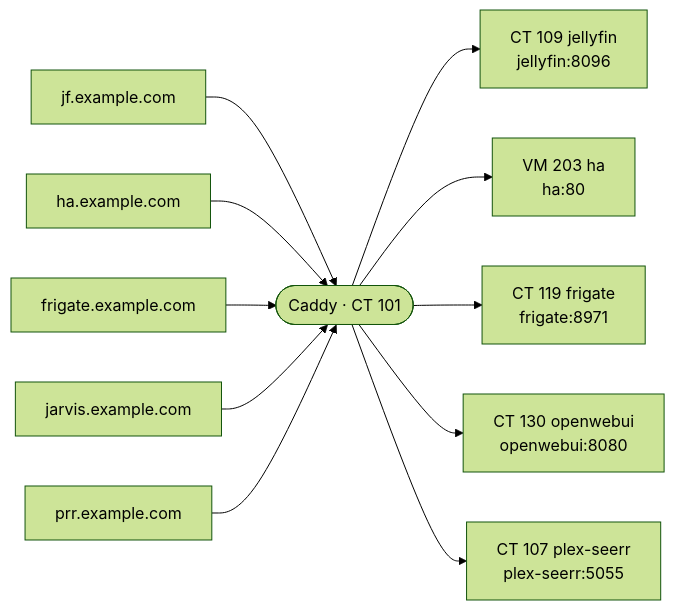
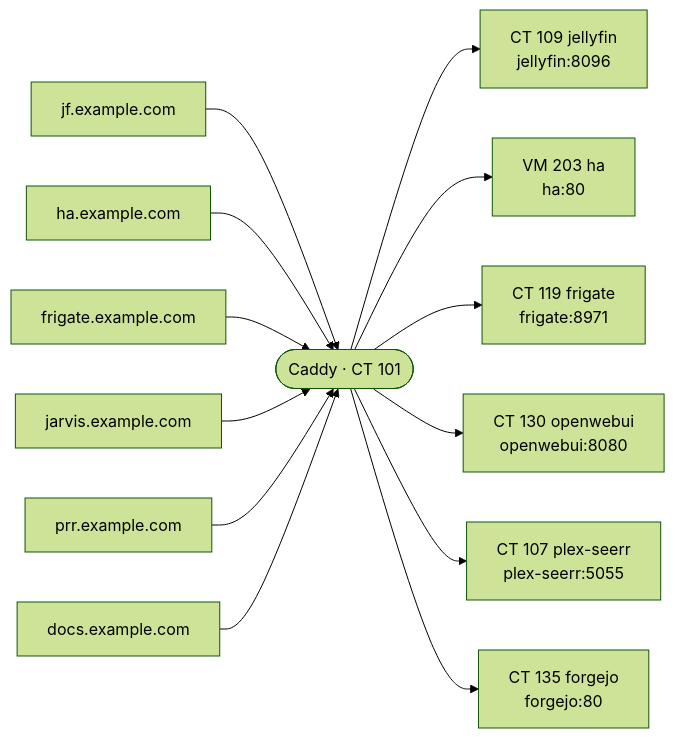
One commit to afcorona-projects/Homelab changed the diagram in docs/network.md. Above: the diagram before and after it, drawn with Mermaid (forest theme). The commit also changed other lines of this file and 54 other files, not shown here.

````diff
--- a/docs/network.md
+++ b/docs/network.md
@@ -5,14 +5,16 @@
 ```mermaid
 flowchart LR
   caddy(["Caddy · CT 101"])
   njf_example_com["jf.example.com"] --> caddy
   caddy --> njellyfin_8096["CT 109 jellyfin<br/>jellyfin:8096"]
   nha_example_com["ha.example.com"] --> caddy
   caddy --> nha_80["VM 203 ha<br/>ha:80"]
   nfrigate_example_com["frigate.example.com"] --> caddy
   caddy --> nfrigate_8971["CT 119 frigate<br/>frigate:8971"]
   njarvis_example_com["jarvis.example.com"] --> caddy
   caddy --> nopenwebui_8080["CT 130 openwebui<br/>openwebui:8080"]
   nprr_example_com["prr.example.com"] --> caddy
   caddy --> nplex_seerr_5055["CT 107 plex-seerr<br/>plex-seerr:5055"]
+  ndocs_example_com["docs.example.com"] --> caddy
+  caddy --> nforgejo_80["CT 135 forgejo<br/>forgejo:80"]
 ```
````
